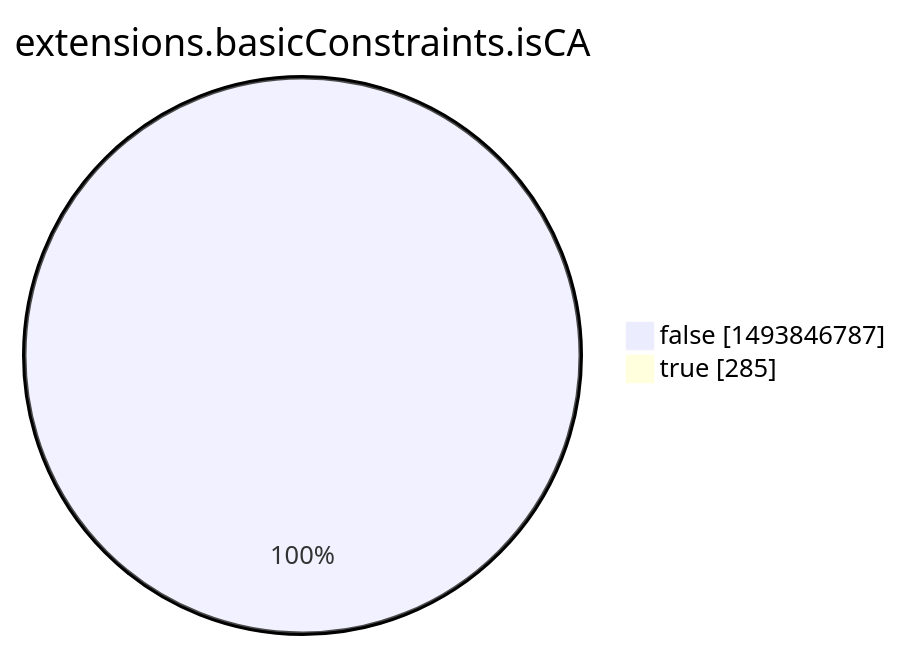
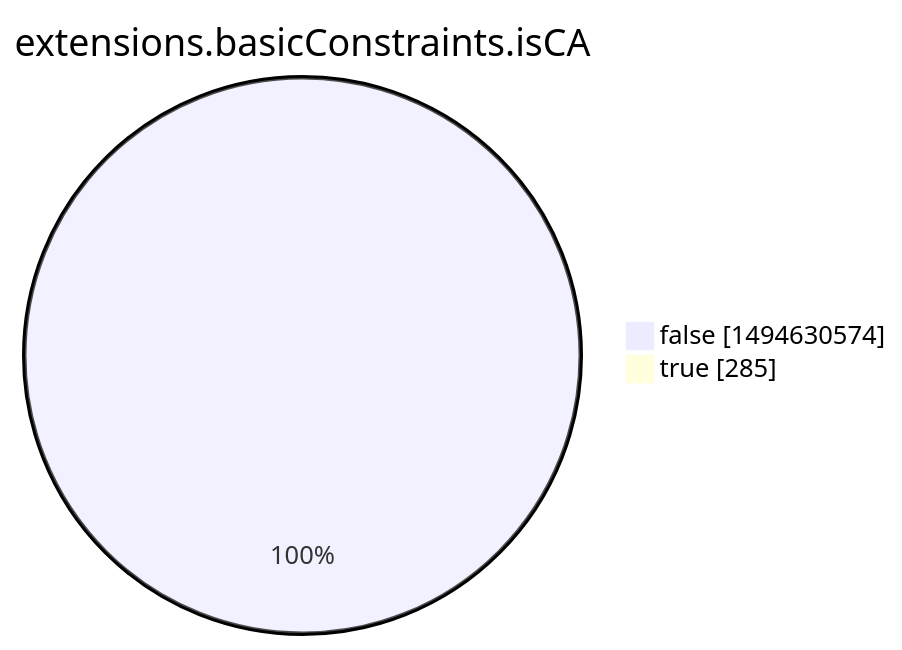
The eighth of 15 diagrams in xenon2022/README.md (christiankrug/ctmonitor_visualization), drawn with Mermaid before and after one commit. The commit also changed other lines of this file, not shown here.

````diff
--- a/xenon2022/README.md
+++ b/xenon2022/README.md
@@ -2852,6 +2852,6 @@
 ```mermaid
 pie showData
 title extensions.basicConstraints.isCA
-"false" :1493846787
+"false" :1494630574
 "true" :285
 ```
````
